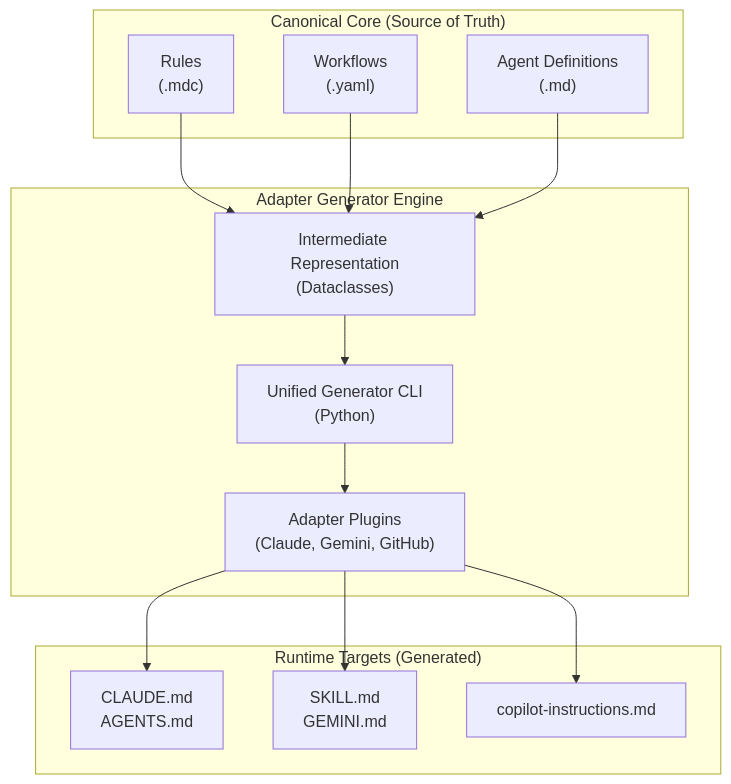
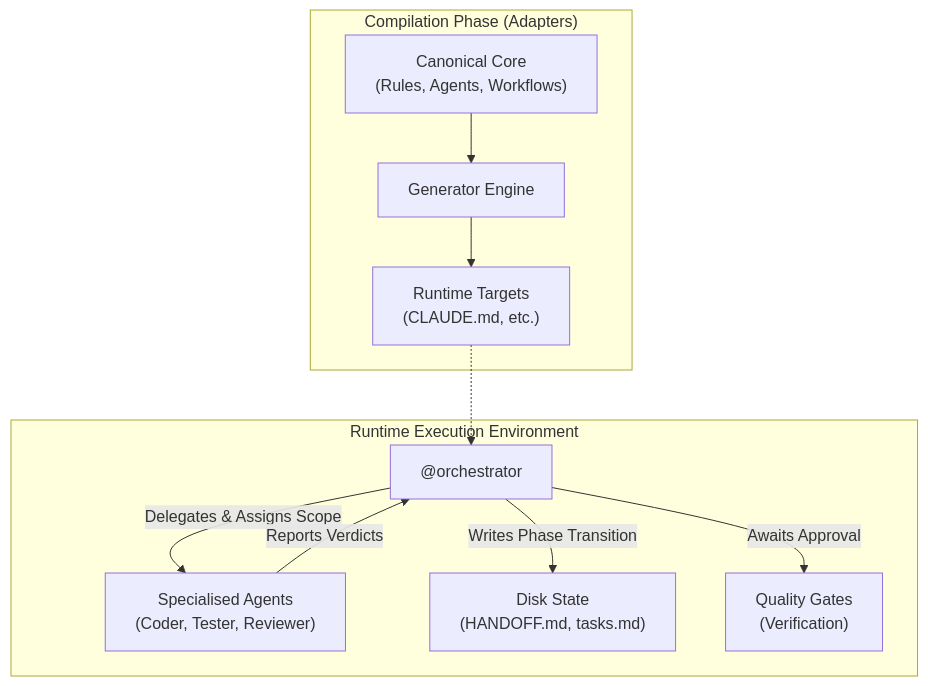
One commit to Schmoiger/start-here changed the second of 3 diagrams in artefacts/architecture/architecture.md. Above: the diagram before and after it, drawn with Mermaid. The commit also changed other lines of this file, not shown here.

Commit message:
docs: add architectural documentation for Orchestrator, durable workflows, disk-based state, and telemetry integration

````diff
--- a/artefacts/architecture/architecture.md
+++ b/artefacts/architecture/architecture.md
@@ -75,29 +107,24 @@
 ```mermaid
 flowchart TB
-    subgraph Core["Canonical Core (Source of Truth)"]
-        Rules["Rules\n(.mdc)"]
-        Workflows["Workflows\n(.yaml)"]
-        Agents["Agent Definitions\n(.md)"]
+    subgraph Compilation["Compilation Phase (Adapters)"]
+        Core["Canonical Core\n(Rules, Agents, Workflows)"]
+        CLI["Generator Engine"]
+        Target["Runtime Targets\n(CLAUDE.md, etc.)"]
+        
+        Core --> CLI
+        CLI --> Target
     end
 
-    subgraph Compiler["Adapter Generator Engine"]
-        CLI["Unified Generator CLI\n(Python)"]
-        IR["Intermediate Representation\n(Dataclasses)"]
-        Plugin["Adapter Plugins\n(Claude, Gemini, GitHub)"]
+    subgraph Runtime["Runtime Execution Environment"]
+        Orchestrator["@orchestrator"]
+        Subagents["Specialised Agents\n(Coder, Tester, Reviewer)"]
+        State["Disk State\n(HANDOFF.md, tasks.md)"]
+        Gates["Quality Gates\n(Verification)"]
+        
+        Target -.-> Orchestrator
+        Orchestrator -->|Delegates & Assigns Scope| Subagents
+        Subagents -->|Reports Verdicts| Orchestrator
+        Orchestrator -->|Writes Phase Transition| State
+        Orchestrator -->|Awaits Approval| Gates
     end
-
-    subgraph Targets["Runtime Targets (Generated)"]
-        ClaudeTarget["CLAUDE.md\nAGENTS.md"]
-        GeminiTarget["SKILL.md\nGEMINI.md"]
-        GitHubTarget["copilot-instructions.md"]
-    end
-
-    Rules --> IR
-    Workflows --> IR
-    Agents --> IR
-    IR --> CLI
-    CLI --> Plugin
-    Plugin --> ClaudeTarget
-    Plugin --> GeminiTarget
-    Plugin --> GitHubTarget
 ```
````
